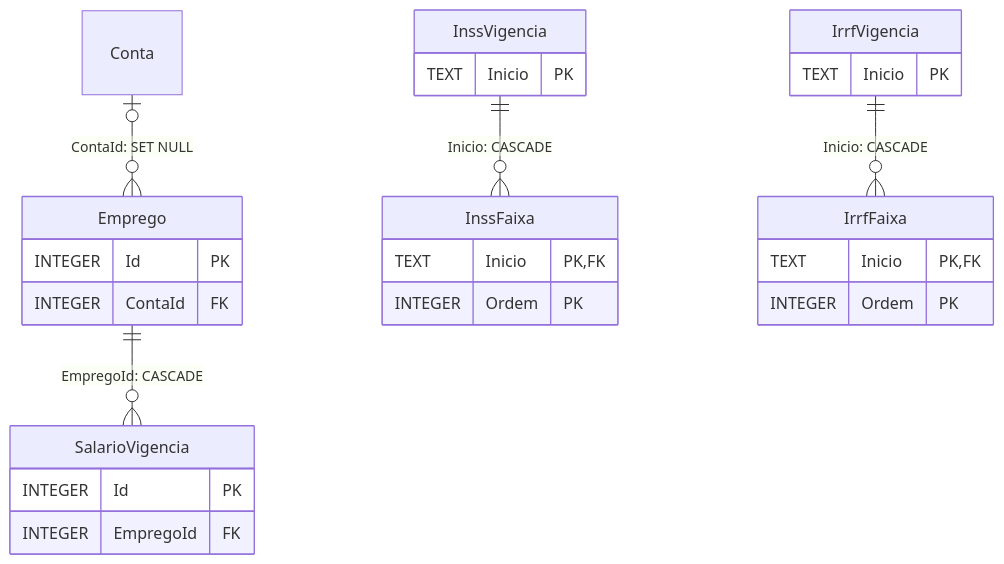
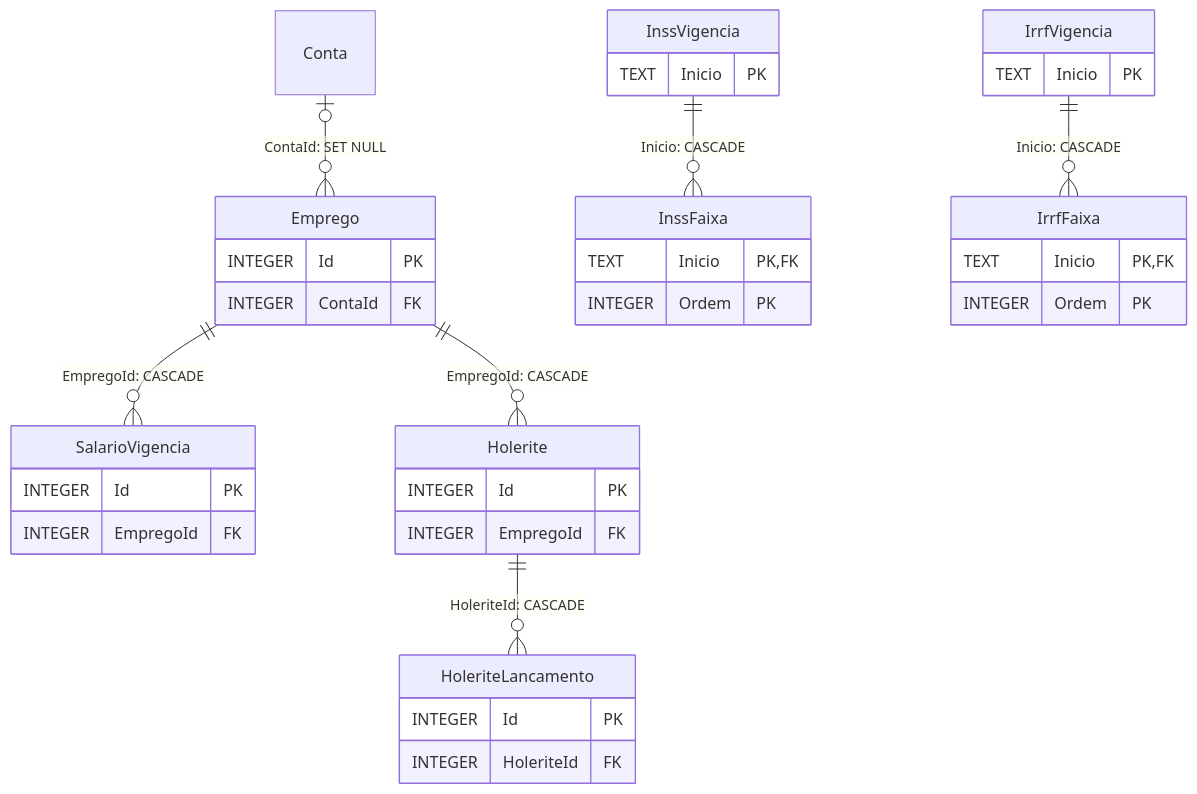
The eighth of 8 diagrams in docs/BANCO-DE-DADOS.md (LucasDesenvGit/financas-local), drawn with Mermaid before and after one commit. The commit also changed 38 other files, not shown here.

````diff
--- a/docs/BANCO-DE-DADOS.md
+++ b/docs/BANCO-DE-DADOS.md
@@ -205,29 +205,39 @@
 ```mermaid
 erDiagram
     Emprego {
         INTEGER Id PK
         INTEGER ContaId FK
     }
     SalarioVigencia {
         INTEGER Id PK
         INTEGER EmpregoId FK
     }
     InssVigencia {
         TEXT Inicio PK
     }
     InssFaixa {
         TEXT Inicio PK,FK
         INTEGER Ordem PK
     }
     IrrfVigencia {
         TEXT Inicio PK
     }
     IrrfFaixa {
         TEXT Inicio PK,FK
         INTEGER Ordem PK
     }
+    Holerite {
+        INTEGER Id PK
+        INTEGER EmpregoId FK
+    }
+    HoleriteLancamento {
+        INTEGER Id PK
+        INTEGER HoleriteId FK
+    }
     Conta |o--o{ Emprego : "ContaId: SET NULL"
     Emprego ||--o{ SalarioVigencia : "EmpregoId: CASCADE"
     InssVigencia ||--o{ InssFaixa : "Inicio: CASCADE"
     IrrfVigencia ||--o{ IrrfFaixa : "Inicio: CASCADE"
+    Emprego ||--o{ Holerite : "EmpregoId: CASCADE"
+    Holerite ||--o{ HoleriteLancamento : "HoleriteId: CASCADE"
 ```
````
